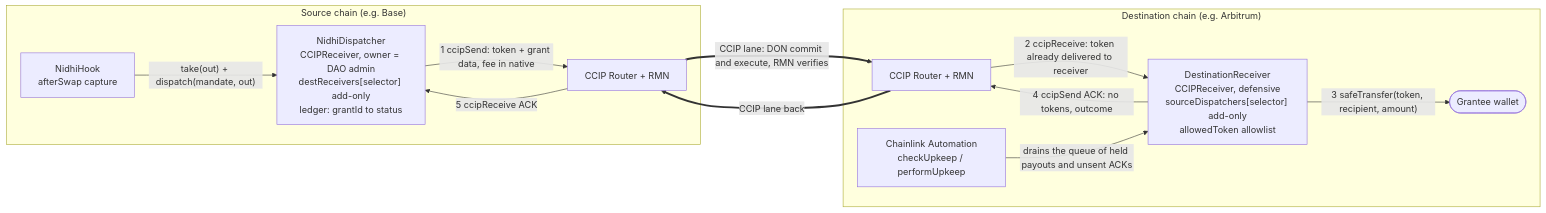
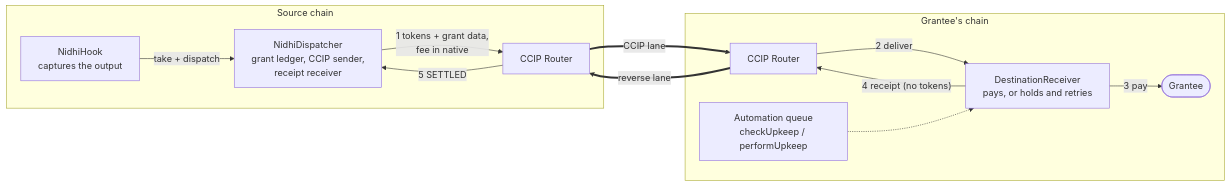
Before and after one commit to neevmodh/nidhi: the first of 10 diagrams in docs/architecture/03-chainlink-ccip.md, drawn with Mermaid. The commit also changed other lines of this file and 5 other files, not shown here.

````diff
--- a/docs/architecture/03-chainlink-ccip.md
+++ b/docs/architecture/03-chainlink-ccip.md
@@ -9,25 +18,23 @@
 ```mermaid
 flowchart LR
-  subgraph SRC["Source chain (e.g. Base)"]
-    HK["NidhiHook\nafterSwap capture"]
-    DS["NidhiDispatcher\nCCIPReceiver, owner = DAO admin\ndestReceivers[selector] add-only\nledger: grantId to status"]
-    RS["CCIP Router + RMN"]
+  subgraph SRC["Source chain"]
+    HK["NidhiHook<br/>captures the output"]
+    DS["NidhiDispatcher<br/>grant ledger, CCIP sender,<br/>receipt receiver"]
+    R1["CCIP Router"]
   end
-
-  subgraph DST["Destination chain (e.g. Arbitrum)"]
-    RD["CCIP Router + RMN"]
-    RX["DestinationReceiver\nCCIPReceiver, defensive\nsourceDispatchers[selector] add-only\nallowedToken allowlist"]
-    AUTO["Chainlink Automation\ncheckUpkeep / performUpkeep"]
-    GR(["Grantee wallet"])
+  subgraph DST["Grantee's chain"]
+    R2["CCIP Router"]
+    RX["DestinationReceiver<br/>pays, or holds and retries"]
+    AUTO["Automation queue<br/>checkUpkeep / performUpkeep"]
+    G(["Grantee"])
   end
-
-  HK -->|"take(out) + dispatch(mandate, out)"| DS
-  DS -->|"1 ccipSend: token + grant data, fee in native"| RS
-  RS ==>|"CCIP lane: DON commit and execute, RMN verifies"| RD
-  RD -->|"2 ccipReceive: token already delivered to receiver"| RX
-  RX -->|"3 safeTransfer(token, recipient, amount)"| GR
-  RX -->|"4 ccipSend ACK: no tokens, outcome"| RD
-  RD ==>|"CCIP lane back"| RS
-  RS -->|"5 ccipReceive ACK"| DS
-  AUTO -->|"drains the queue of held payouts and unsent ACKs"| RX
+  HK -->|"take + dispatch"| DS
+  DS -->|"1 tokens + grant data,<br/>fee in native"| R1
+  R1 ==>|"CCIP lane"| R2
+  R2 -->|"2 deliver"| RX
+  RX -->|"3 pay"| G
+  RX -->|"4 receipt (no tokens)"| R2
+  R2 ==>|"reverse lane"| R1
+  R1 -->|"5 SETTLED"| DS
+  AUTO -.-> RX
 ```
````
